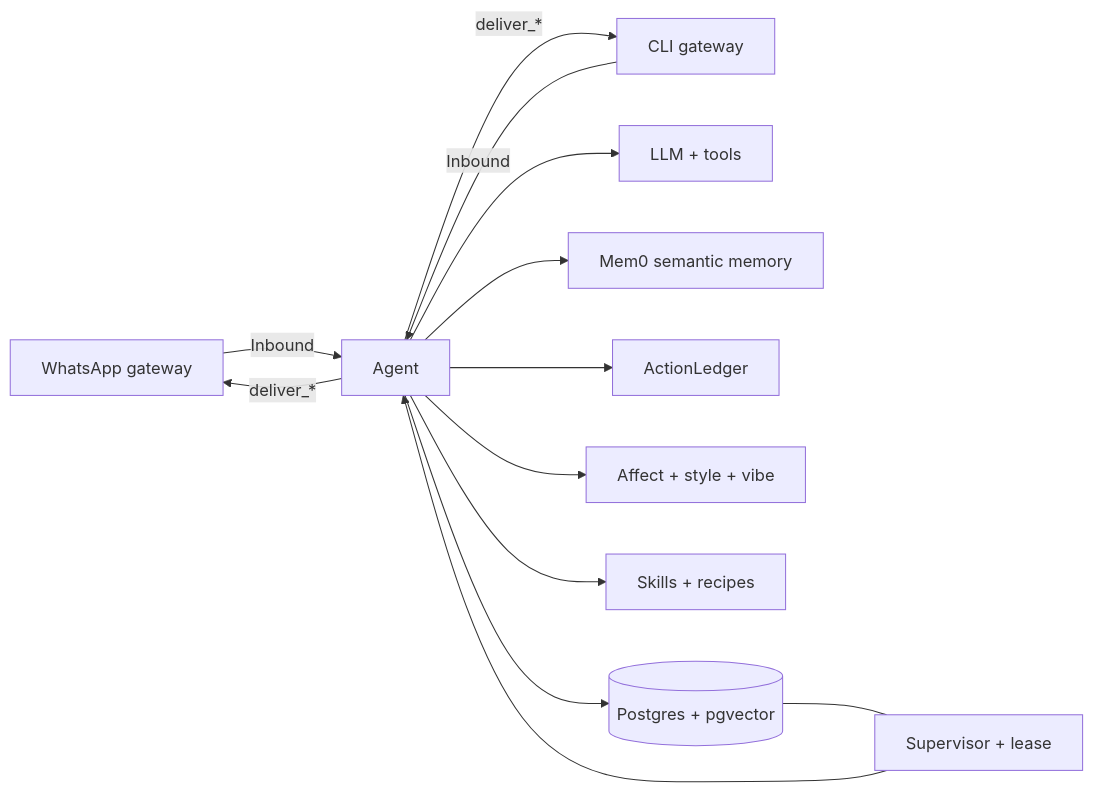
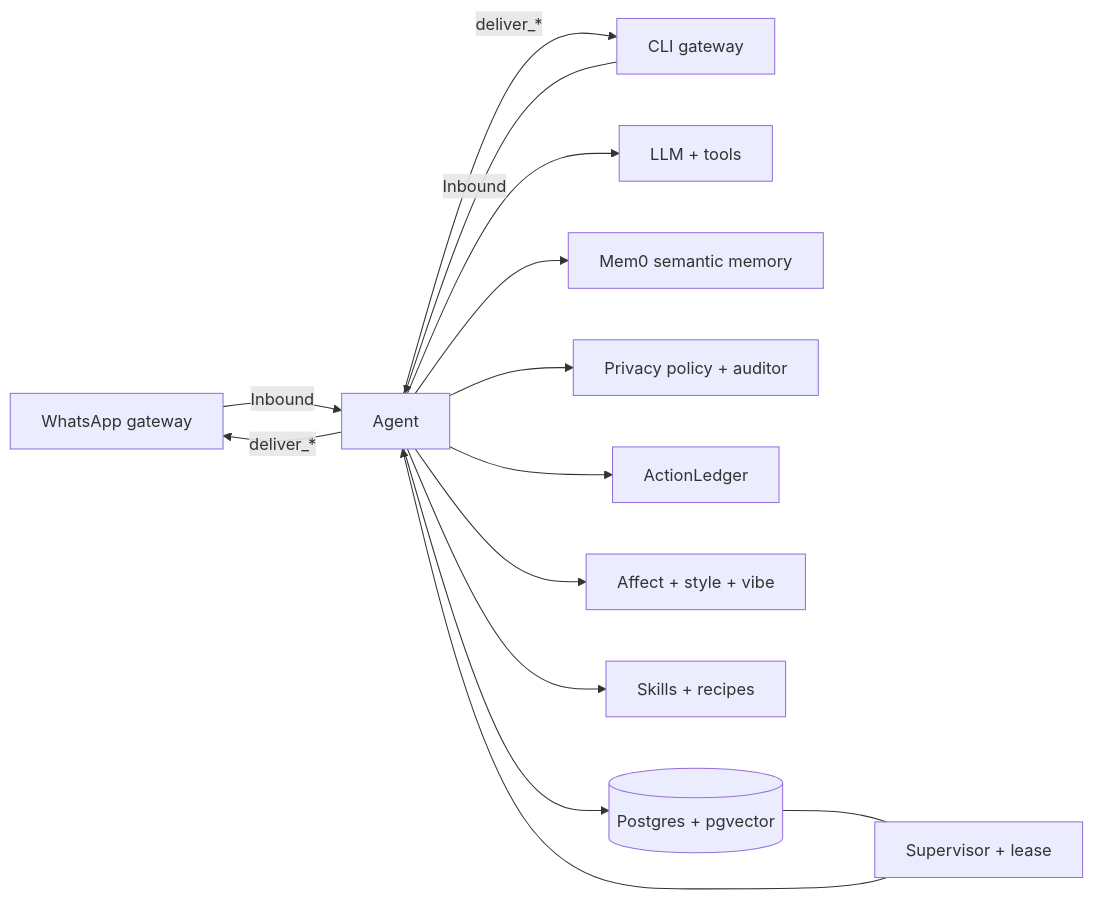
One commit to inimuqsith/SankaAgent changed the diagram in README.md. Above: the diagram before and after it, drawn with Mermaid. The commit also changed other lines of this file and 48 other files, not shown here.

````diff
--- a/README.md
+++ b/README.md
@@ -21,15 +24,16 @@
 ```mermaid
 flowchart LR
   WA[WhatsApp gateway] -->|Inbound| AG[Agent]
   CLI[CLI gateway] -->|Inbound| AG
   AG --> LLM[LLM + tools]
   AG --> MEM[Mem0 semantic memory]
+  AG --> PRIV[Privacy policy + auditor]
   AG --> ACT[ActionLedger]
   AG --> AFF[Affect + style + vibe]
   AG --> SK[Skills + recipes]
   AG --> DB[(Postgres + pgvector)]
   AG -->|deliver_*| WA
   AG -->|deliver_*| CLI
   SUP[Supervisor + lease] --> AG
   DB --- SUP
 ```
````
